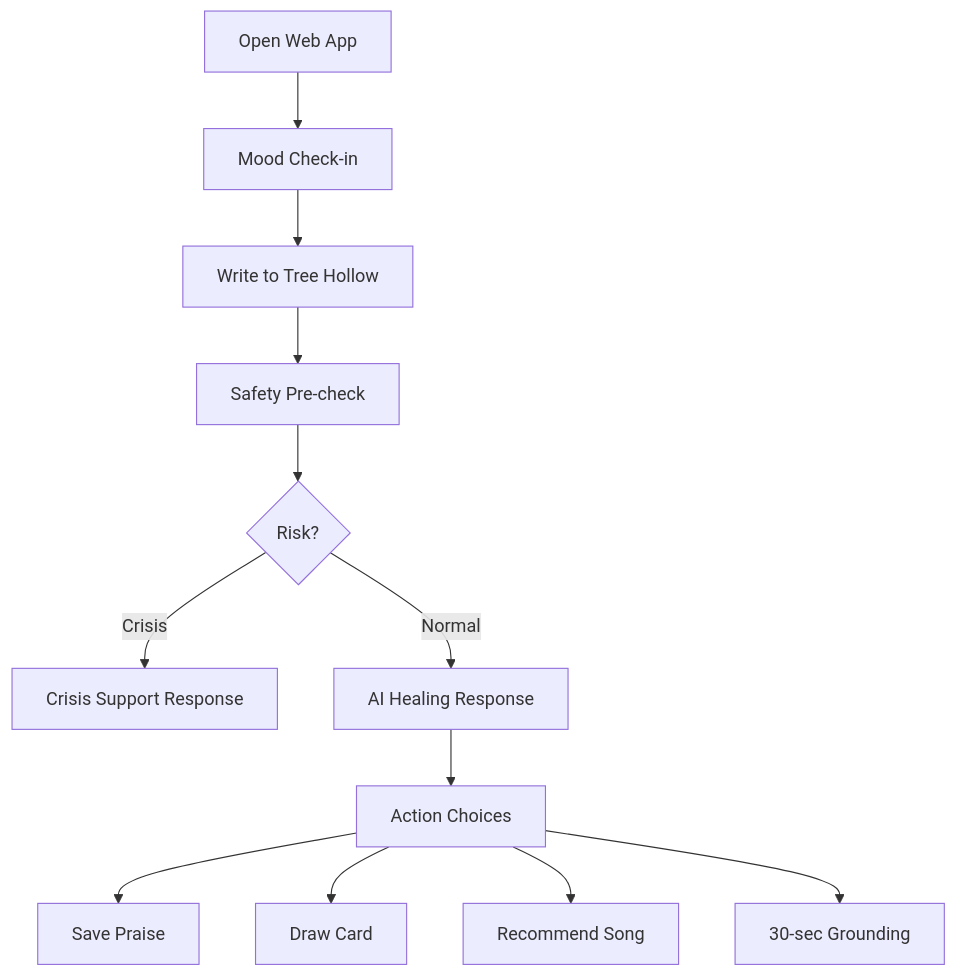
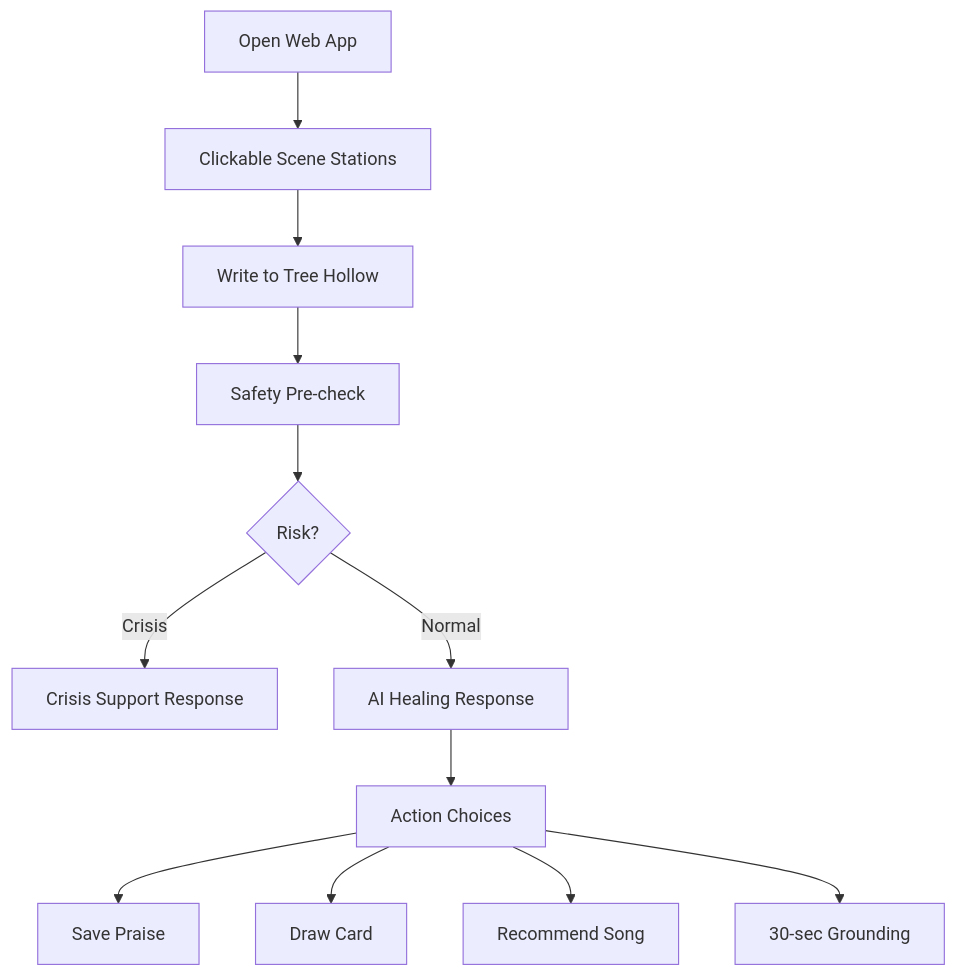
Before and after one commit to LCCtaiwan/pharmacist-tree-hollow: the diagram in docs/MVP_SPEC.md, drawn with Mermaid. The commit also changed other lines of this file and 5 other files, not shown here.

````diff
--- a/docs/MVP_SPEC.md
+++ b/docs/MVP_SPEC.md
@@ -30,14 +30,14 @@
 ```mermaid
 flowchart TD
-    A["Open Web App"] --> B["Mood Check-in"]
+    A["Open Web App"] --> B["Clickable Scene Stations"]
     B --> C["Write to Tree Hollow"]
     C --> D["Safety Pre-check"]
     D --> E{"Risk?"}
     E -->|Crisis| F["Crisis Support Response"]
     E -->|Normal| G["AI Healing Response"]
     G --> H["Action Choices"]
     H --> I["Save Praise"]
     H --> J["Draw Card"]
     H --> K["Recommend Song"]
     H --> L["30-sec Grounding"]
 ```
````
